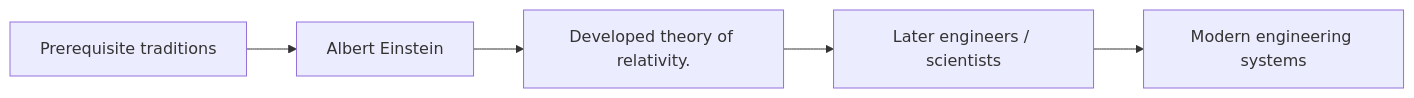
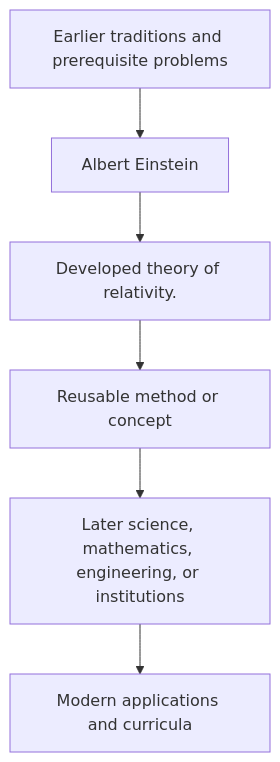
One commit to via-decide/ViaLogic changed the diagram in docs/history/albert-einstein/influence.md. Above: the diagram before and after it, drawn with Mermaid. The commit also changed other lines of this file and 858 other files, not shown here.

````diff
--- a/docs/history/albert-einstein/influence.md
+++ b/docs/history/albert-einstein/influence.md
@@ -29,7 +16,8 @@
 ```mermaid
-graph LR
-  prerequisites["Prerequisite traditions"] --> current["Albert Einstein"]
-  current --> contribution["Developed theory of relativity."]
-  contribution --> successors["Later engineers / scientists"]
-  successors --> modern["Modern engineering systems"]
+graph TD
+  Prior[Earlier traditions and prerequisite problems] --> Person[Albert Einstein]
+  Person --> Contribution[Developed theory of relativity.]
+  Contribution --> Method[Reusable method or concept]
+  Method --> Later[Later science, mathematics, engineering, or institutions]
+  Later --> Modern[Modern applications and curricula]
 ```
````
